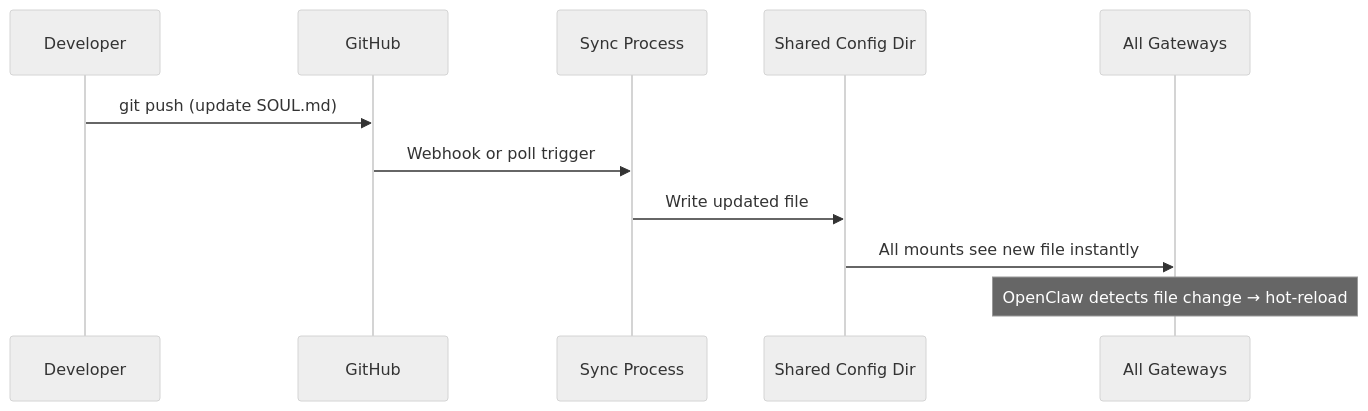
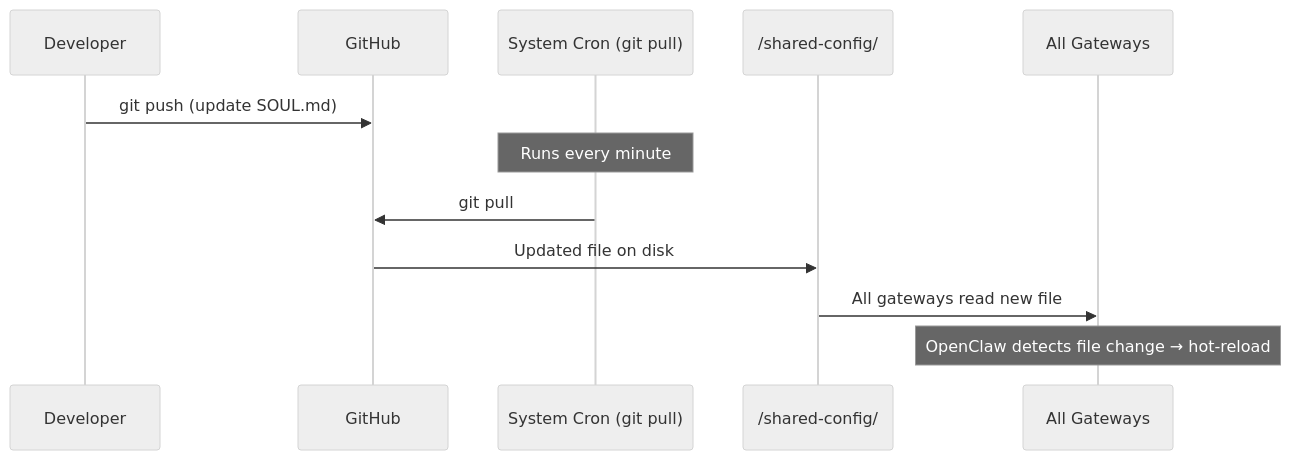
The second of 2 diagrams in brainstorm/versioning.md (1qh/claw), drawn with Mermaid (neutral theme) before and after one commit. The commit also changed other lines of this file and 2 other files, not shown here.

````diff
--- a/brainstorm/versioning.md
+++ b/brainstorm/versioning.md
@@ -37,14 +37,15 @@
 ```mermaid
 sequenceDiagram
     participant Dev as Developer
     participant GH as GitHub
-    participant Sync as Sync Process
-    participant Vol as Shared Config Dir
+    participant Cron as System Cron (git pull)
+    participant Dir as /shared-config/
     participant GW as All Gateways
 
     Dev->>GH: git push (update SOUL.md)
-    GH->>Sync: Webhook or poll trigger
-    Sync->>Vol: Write updated file
-    Vol->>GW: All mounts see new file instantly
+    Note over Cron: Runs every minute
+    Cron->>GH: git pull
+    GH->>Dir: Updated file on disk
+    Dir->>GW: All gateways read new file
     Note over GW: OpenClaw detects file change → hot-reload
 ```
````
